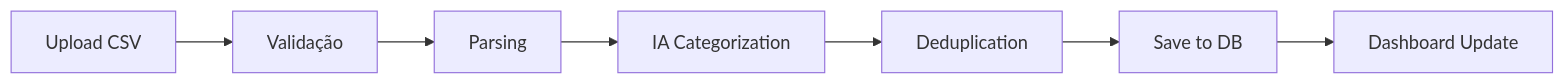
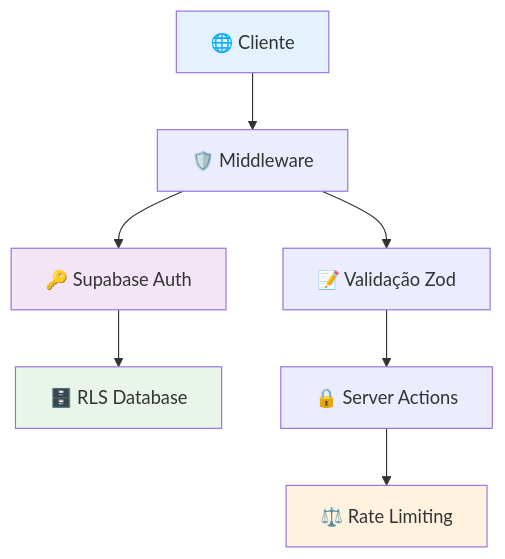
The fourth of 9 diagrams in README.md (pablozr/Unifinancev2), drawn with Mermaid before and after one commit. The commit also changed other lines of this file and 1 other file, not shown here.

````diff
--- a/README.md
+++ b/README.md
@@ -84,9 +182,15 @@
 ```mermaid
-graph LR
-    A[Upload CSV] --> B[Validação]
-    B --> C[Parsing]
-    C --> D[IA Categorization]
-    D --> E[Deduplication]
-    E --> F[Save to DB]
-    F --> G[Dashboard Update]
+graph TD
+    A[🌐 Cliente] --> B[🛡️ Middleware]
+    B --> C[🔑 Supabase Auth]
+    C --> D[🗄️ RLS Database]
+    
+    B --> E[📝 Validação Zod]
+    E --> F[🔒 Server Actions]
+    F --> G[⚖️ Rate Limiting]
+    
+    style A fill:#e3f2fd
+    style C fill:#f3e5f5
+    style D fill:#e8f5e8
+    style G fill:#fff3e0
 ```
````
